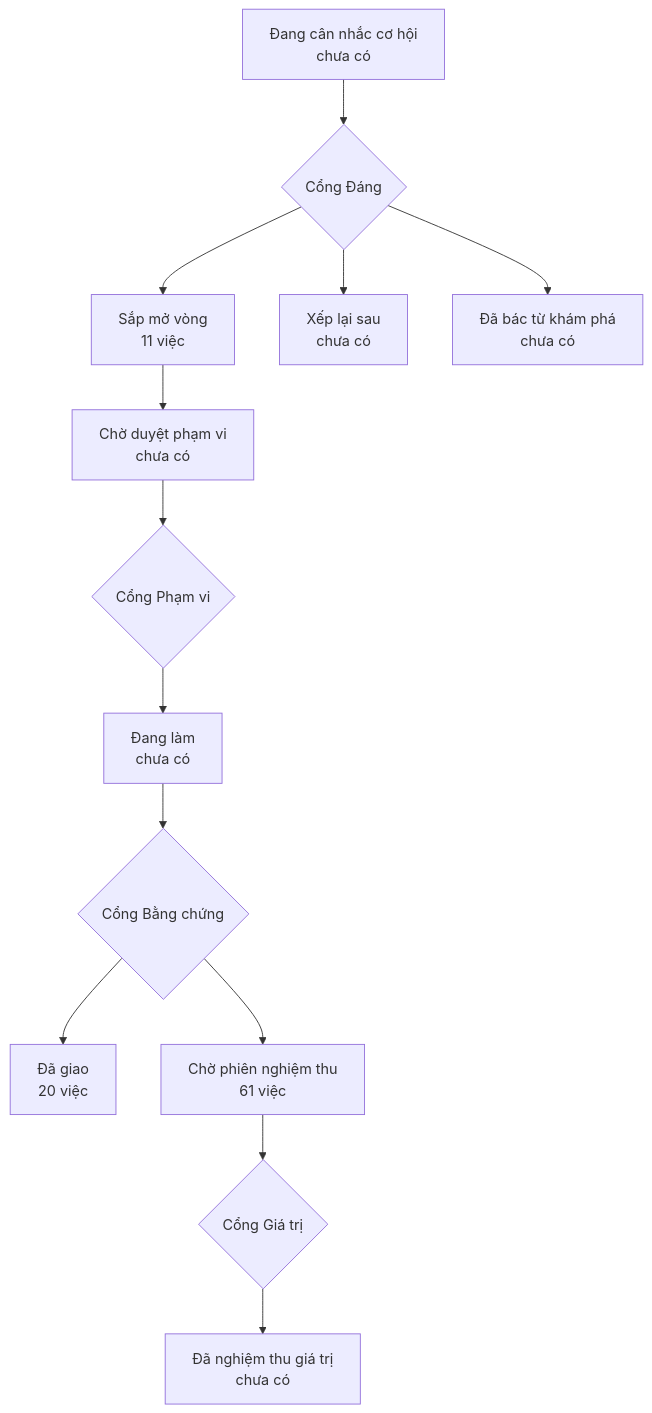
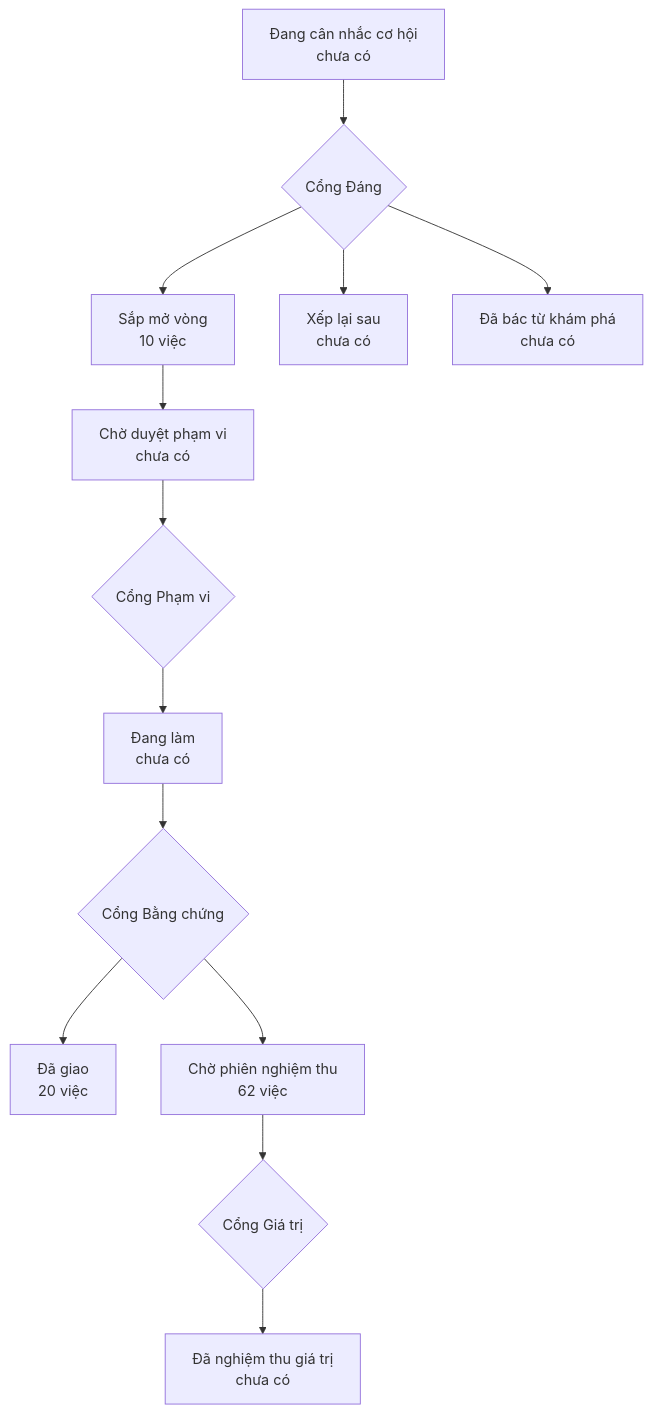
One commit to phanlemanh/onehub-quy-hang changed the diagram in PRODUCT-MAP.md. Above: the diagram before and after it, drawn with Mermaid. The commit also changed 1 other file, not shown here.

Commit message:
chore: vẽ lại bản đồ sau khi gộp main

````diff
--- a/PRODUCT-MAP.md
+++ b/PRODUCT-MAP.md
@@ -7,12 +7,12 @@
 ```mermaid
 flowchart TD
   A["Đang cân nhắc cơ hội<br/>chưa có"] --> GD{"Cổng Đáng"}
-  GD --> B["Sắp mở vòng<br/>11 việc"]
+  GD --> B["Sắp mở vòng<br/>10 việc"]
   GD --> XL["Xếp lại sau<br/>chưa có"]
   GD --> DB["Đã bác từ khám phá<br/>chưa có"]
   B --> CD["Chờ duyệt phạm vi<br/>chưa có"] --> GP{"Cổng Phạm vi"}
   GP --> DL["Đang làm<br/>chưa có"] --> GB{"Cổng Bằng chứng"}
   GB --> DG["Đã giao<br/>20 việc"]
-  GB --> CN["Chờ phiên nghiệm thu<br/>61 việc"] --> GG{"Cổng Giá trị"}
+  GB --> CN["Chờ phiên nghiệm thu<br/>62 việc"] --> GG{"Cổng Giá trị"}
   GG --> NT["Đã nghiệm thu giá trị<br/>chưa có"]
 ```
````
